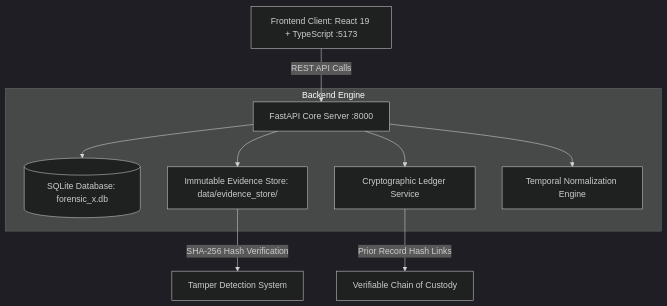
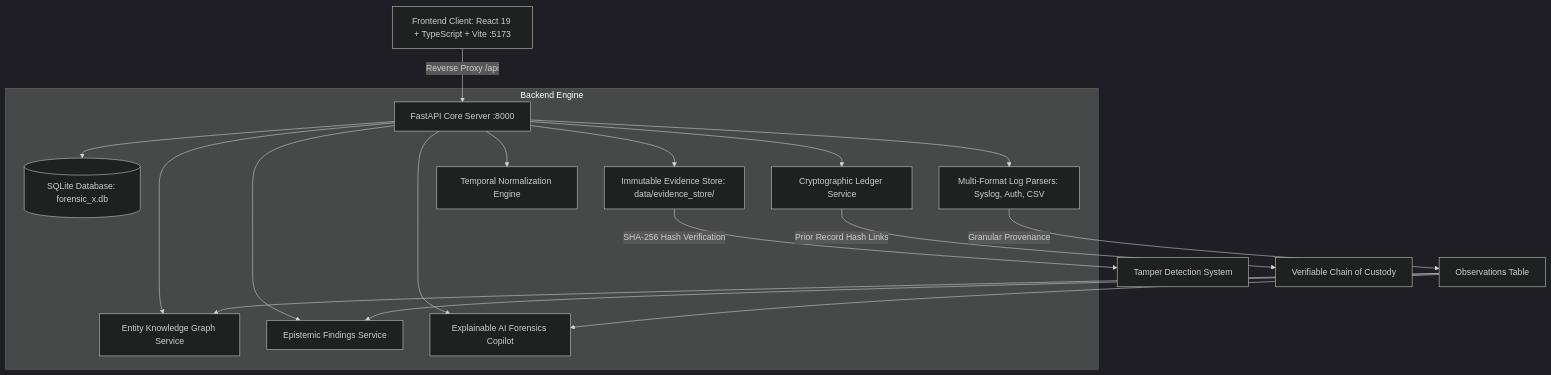
Before and after one commit to Mayank32935M/FORENSIC-X: the diagram in README.md, drawn with Mermaid (dark theme). The commit also changed other lines of this file and 14 other files, not shown here.

Commit message:
Frontend changes & API integration work Phase 10

````diff
--- a/README.md
+++ b/README.md
@@ -72,14 +72,22 @@
 ```mermaid
 graph TD
-    UI[Frontend Client: React 19 + TypeScript :5173] -->|REST API Calls| API[FastAPI Core Server :8000]
+    UI[Frontend Client: React 19 + TypeScript + Vite :5173] -->|Reverse Proxy /api| API[FastAPI Core Server :8000]
     
     subgraph Backend Engine
         API --> DB[(SQLite Database: forensic_x.db)]
         API --> STORE[Immutable Evidence Store: data/evidence_store/]
         API --> CUSTODY[Cryptographic Ledger Service]
+        API --> PARSERS[Multi-Format Log Parsers: Syslog, Auth, CSV]
         API --> TIMELINE[Temporal Normalization Engine]
+        API --> GRAPH[Entity Knowledge Graph Service]
+        API --> FINDINGS[Epistemic Findings Service]
+        API --> COPILOT[Explainable AI Forensics Copilot]
     end
     
     STORE -->|SHA-256 Hash Verification| VERIFY[Tamper Detection System]
     CUSTODY -->|Prior Record Hash Links| AUDIT[Verifiable Chain of Custody]
+    PARSERS -->|Granular Provenance| OBS[Observations Table]
+    OBS --> FINDINGS
+    OBS --> GRAPH
+    OBS --> COPILOT
 ```
````
